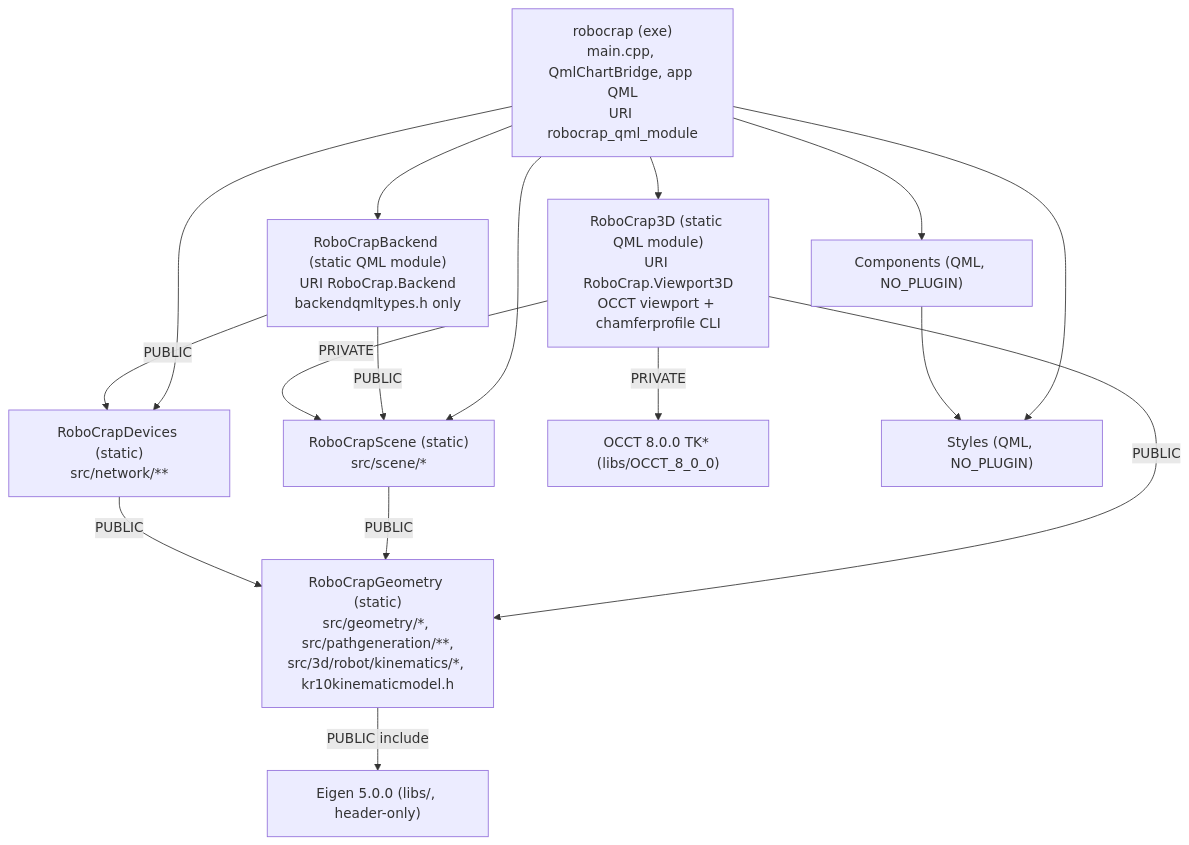
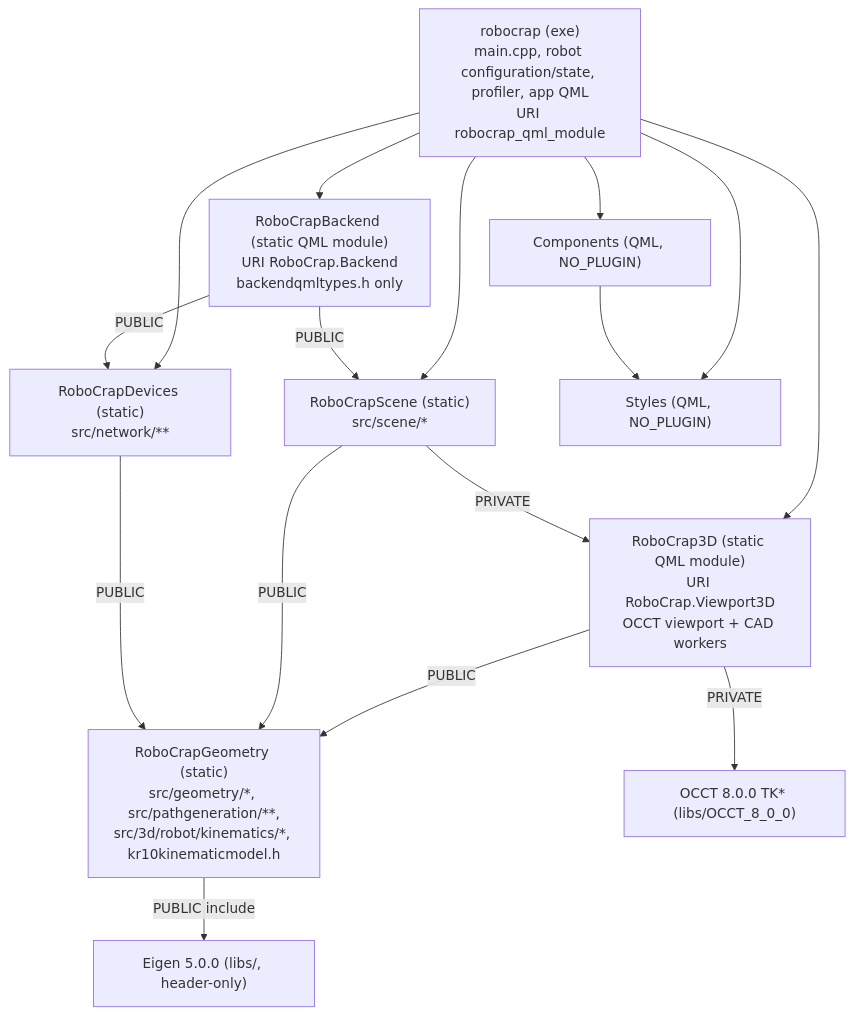
One commit to Nazar0vIvan/QDeltaPLC changed the diagram in docs/ARCHITECTURE.md. Above: the diagram before and after it, drawn with Mermaid. The commit also changed other lines of this file and 44 other files, not shown here.

````diff
--- a/docs/ARCHITECTURE.md
+++ b/docs/ARCHITECTURE.md
@@ -38,29 +40,29 @@
 ```mermaid
 graph TD
-  robocrap["robocrap (exe)<br/>main.cpp, QmlChartBridge, app QML<br/>URI robocrap_qml_module"]
+  robocrap["robocrap (exe)<br/>main.cpp, robot configuration/state, profiler, app QML<br/>URI robocrap_qml_module"]
   Backend["RoboCrapBackend (static QML module)<br/>URI RoboCrap.Backend<br/>backendqmltypes.h only"]
-  R3D["RoboCrap3D (static QML module)<br/>URI RoboCrap.Viewport3D<br/>OCCT viewport + chamferprofile CLI"]
+  R3D["RoboCrap3D (static QML module)<br/>URI RoboCrap.Viewport3D<br/>OCCT viewport + CAD workers"]
   Scene["RoboCrapScene (static)<br/>src/scene/*"]
   Devices["RoboCrapDevices (static)<br/>src/network/**"]
   Geometry["RoboCrapGeometry (static)<br/>src/geometry/*, src/pathgeneration/**,<br/>src/3d/robot/kinematics/*, kr10kinematicmodel.h"]
   Eigen["Eigen 5.0.0 (libs/, header-only)"]
   OCCT["OCCT 8.0.0 TK* (libs/OCCT_8_0_0)"]
   Styles["Styles (QML, NO_PLUGIN)"]
   Components["Components (QML, NO_PLUGIN)"]
 
   robocrap --> Backend
   robocrap --> R3D
   robocrap --> Scene
   robocrap --> Devices
   robocrap --> Styles
   robocrap --> Components
   Components --> Styles
   Backend -->|PUBLIC| Scene
   Backend -->|PUBLIC| Devices
   R3D -->|PUBLIC| Geometry
-  R3D -->|PRIVATE| Scene
+  Scene -->|PRIVATE| R3D
   R3D -->|PRIVATE| OCCT
   Scene -->|PUBLIC| Geometry
   Devices -->|PUBLIC| Geometry
   Geometry -->|PUBLIC include| Eigen
 ```
````
